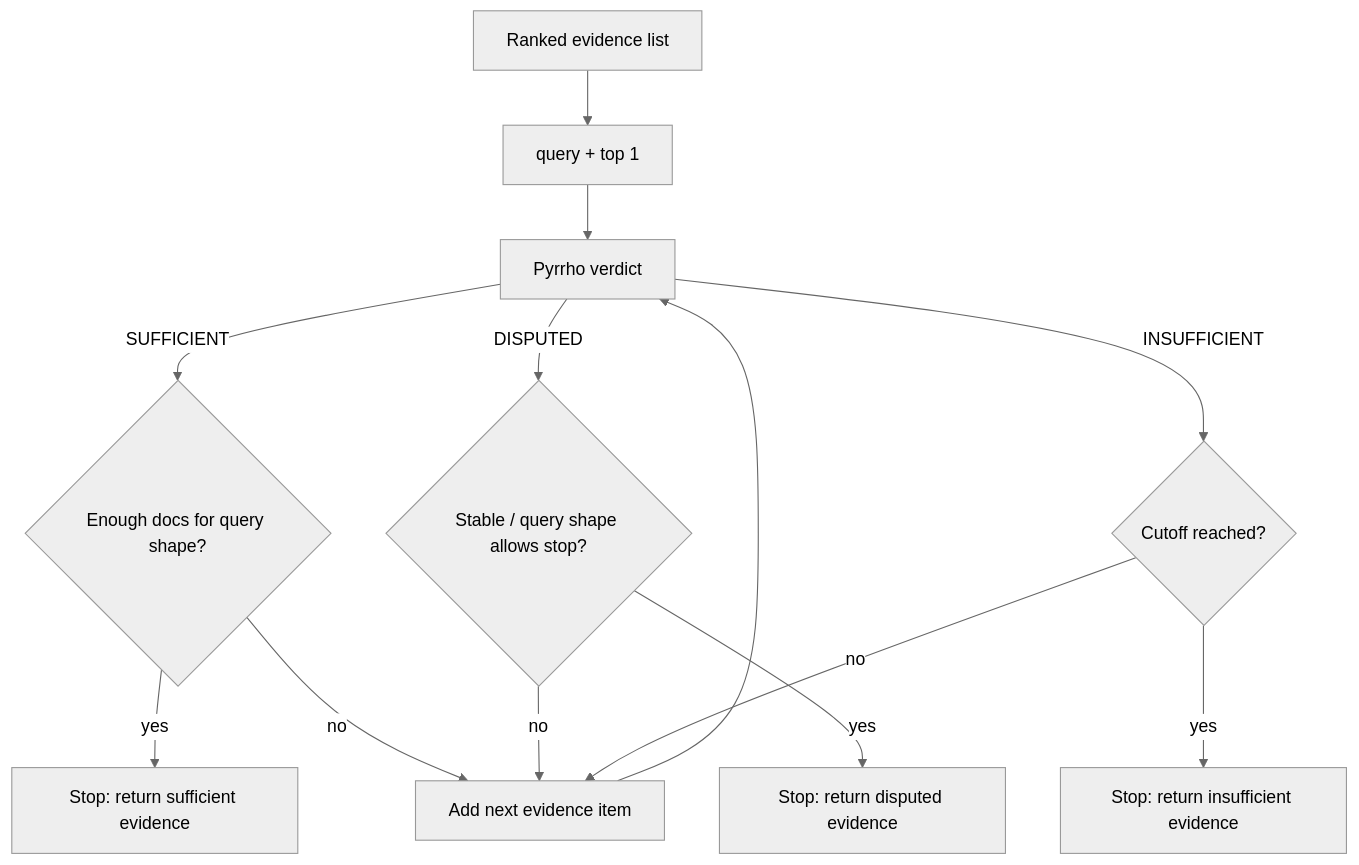
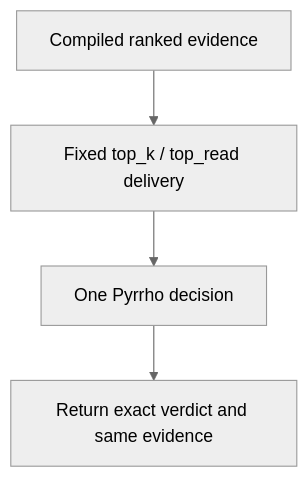
One commit to yafitzdev/fitz changed the third of 3 diagrams in docs/features/retrieval/three-stage-strategy.md. Above: the diagram before and after it, drawn with Mermaid (neutral theme). The commit also changed other lines of this file and 96 other files, not shown here.

````diff
--- a/docs/features/retrieval/three-stage-strategy.md
+++ b/docs/features/retrieval/three-stage-strategy.md
@@ -140,15 +139,6 @@
 ```mermaid
 flowchart TD
-    A["Ranked evidence list"] --> B["query + top 1"]
-    B --> C["Pyrrho verdict"]
-    C -->|"SUFFICIENT"| D{"Enough docs for query shape?"}
-    D -->|"yes"| T["Stop: return sufficient evidence"]
-    D -->|"no"| N["Add next evidence item"]
-    C -->|"DISPUTED"| U{"Stable / query shape allows stop?"}
-    U -->|"yes"| V["Stop: return disputed evidence"]
-    U -->|"no"| N
-    C -->|"INSUFFICIENT"| W{"Cutoff reached?"}
-    W -->|"yes"| X["Stop: return insufficient evidence"]
-    W -->|"no"| N
-    N --> C
+    A["Compiled ranked evidence"] --> B["Fixed top_k / top_read delivery"]
+    B --> C["One Pyrrho decision"]
+    C --> D["Return exact verdict and same evidence"]
 ```
````
